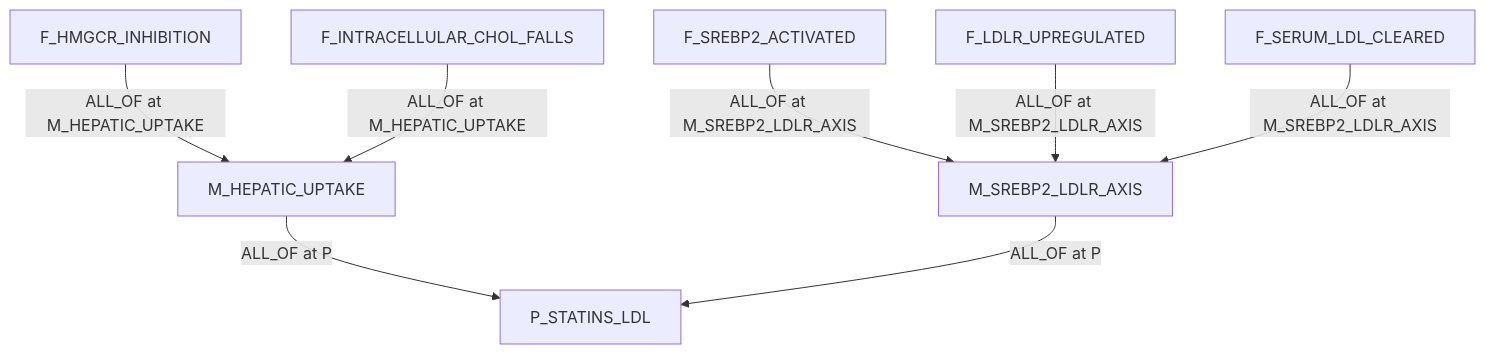
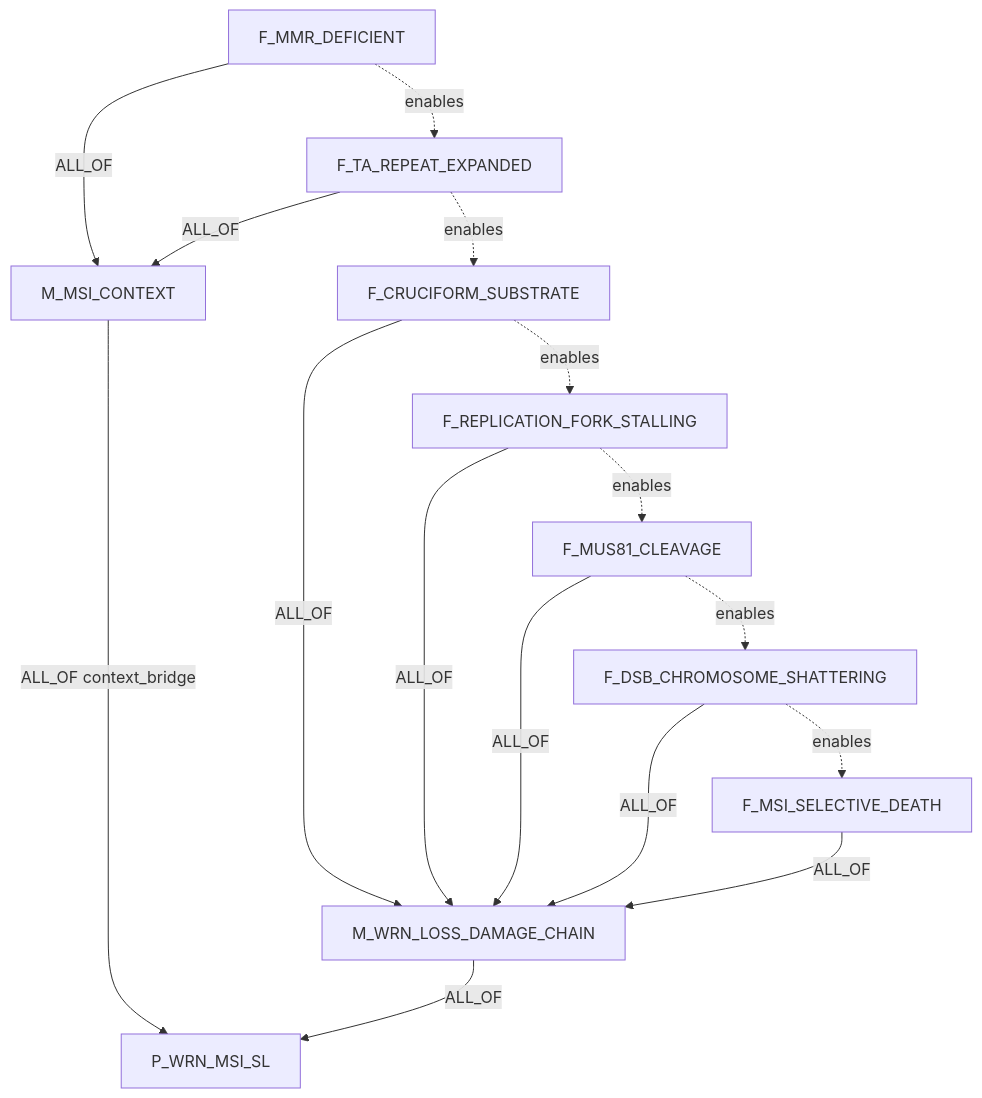
The fourth of 10 diagrams in ingest/CLAIM_OBJECT_MECHANISM_DAG_EXAMPLES.md (eliannaqk/bioKG), drawn with Mermaid before and after one commit. The commit also changed other lines of this file and 5 other files, not shown here.

````diff
--- a/ingest/CLAIM_OBJECT_MECHANISM_DAG_EXAMPLES.md
+++ b/ingest/CLAIM_OBJECT_MECHANISM_DAG_EXAMPLES.md
@@ -206,19 +262,30 @@
 ```mermaid
 flowchart TD
-  P["P_STATINS_LDL"]
-  M1["M_HEPATIC_UPTAKE"]
-  M2["M_SREBP2_LDLR_AXIS"]
-  F1["F_HMGCR_INHIBITION"]
-  F2["F_INTRACELLULAR_CHOL_FALLS"]
-  F3["F_SREBP2_ACTIVATED"]
-  F4["F_LDLR_UPREGULATED"]
-  F5["F_SERUM_LDL_CLEARED"]
+  P["P_WRN_MSI_SL"]
+  CTX["M_MSI_CONTEXT"]
+  MECH["M_WRN_LOSS_DAMAGE_CHAIN"]
+  C1["F_MMR_DEFICIENT"]
+  C2["F_TA_REPEAT_EXPANDED"]
+  A["F_CRUCIFORM_SUBSTRATE"]
+  B["F_REPLICATION_FORK_STALLING"]
+  C["F_MUS81_CLEAVAGE"]
+  D["F_DSB_CHROMOSOME_SHATTERING"]
+  E["F_MSI_SELECTIVE_DEATH"]
 
-  M1 -- "ALL_OF at P" --> P
-  M2 -- "ALL_OF at P" --> P
-  F1 -- "ALL_OF at M_HEPATIC_UPTAKE" --> M1
-  F2 -- "ALL_OF at M_HEPATIC_UPTAKE" --> M1
-  F3 -- "ALL_OF at M_SREBP2_LDLR_AXIS" --> M2
-  F4 -- "ALL_OF at M_SREBP2_LDLR_AXIS" --> M2
-  F5 -- "ALL_OF at M_SREBP2_LDLR_AXIS" --> M2
+  CTX -- "ALL_OF context_bridge" --> P
+  MECH -- "ALL_OF" --> P
+  C1 -- "ALL_OF" --> CTX
+  C2 -- "ALL_OF" --> CTX
+  A -- "ALL_OF" --> MECH
+  B -- "ALL_OF" --> MECH
+  C -- "ALL_OF" --> MECH
+  D -- "ALL_OF" --> MECH
+  E -- "ALL_OF" --> MECH
+
+  C1 -. "enables" .-> C2
+  C2 -. "enables" .-> A
+  A -. "enables" .-> B
+  B -. "enables" .-> C
+  C -. "enables" .-> D
+  D -. "enables" .-> E
 ```
````
